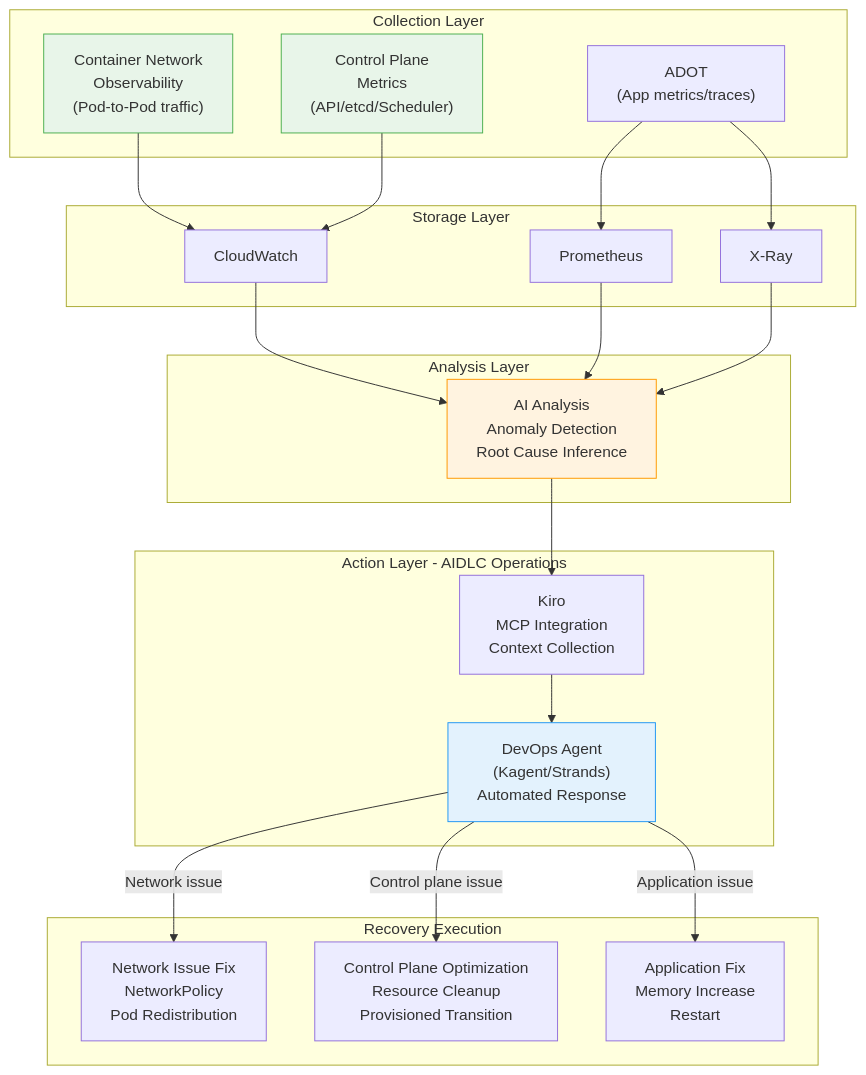
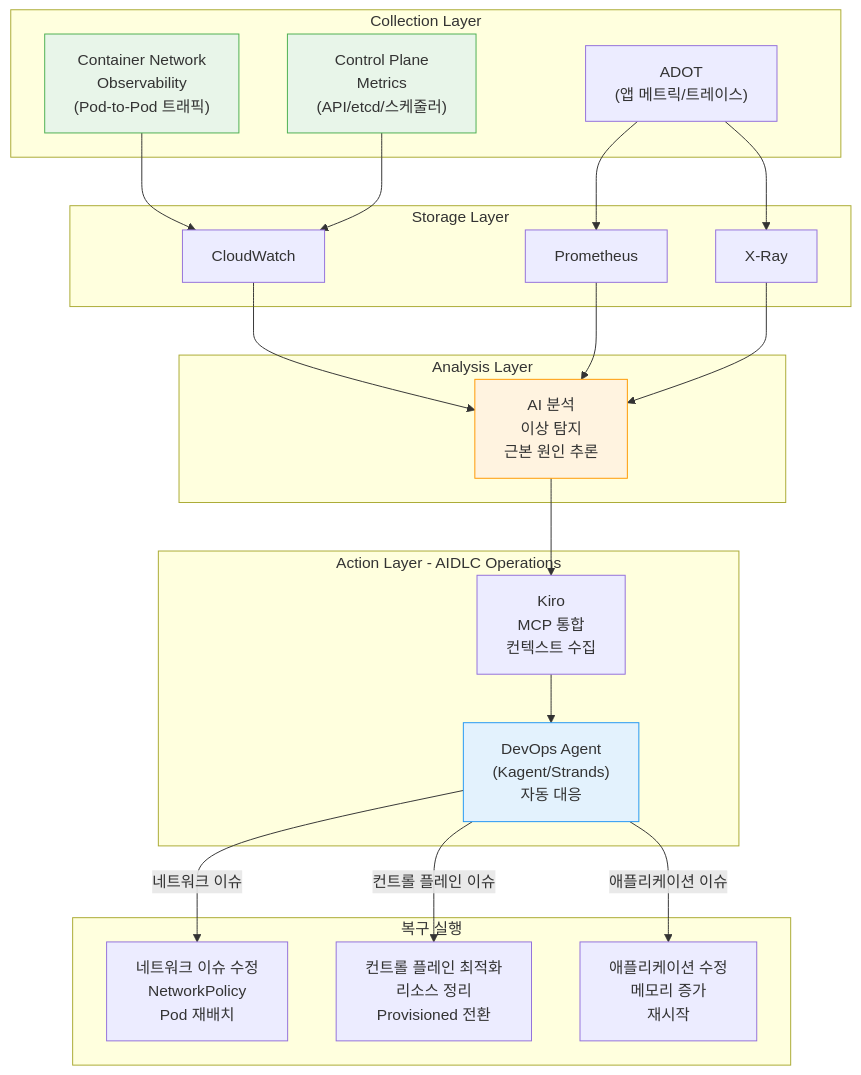
Before and after one commit to devfloor9/engineering-playbook: the sixth of 8 diagrams in i18n/en/docusaurus-plugin-content-docs/current/aidlc/aidlc-framework.md, drawn with Mermaid. The commit also changed other lines of this file and 95 other files, not shown here.

````diff
--- a/i18n/en/docusaurus-plugin-content-docs/current/aidlc/aidlc-framework.md
+++ b/i18n/en/docusaurus-plugin-content-docs/current/aidlc/aidlc-framework.md
@@ -1362,50 +1355,50 @@
 ```mermaid
 graph TB
-    subgraph Collection["Collection Layer"]
-        CNO["Container Network<br/>Observability<br/>(Pod-to-Pod traffic)"]
-        CPM["Control Plane<br/>Metrics<br/>(API/etcd/Scheduler)"]
-        ADOT["ADOT<br/>(App metrics/traces)"]
-    end
+ subgraph Collection["Collection Layer"]
+ CNO["Container Network<br/>Observability<br/>(Pod-to-Pod 트래픽)"]
+ CPM["Control Plane<br/>Metrics<br/>(API/etcd/스케줄러)"]
+ ADOT["ADOT<br/>(앱 메트릭/트레이스)"]
+ end
 
-    subgraph Storage["Storage Layer"]
-        CW["CloudWatch"]
-        AMP["Prometheus"]
-        XRAY["X-Ray"]
-    end
+ subgraph Storage["Storage Layer"]
+ CW["CloudWatch"]
+ AMP["Prometheus"]
+ XRAY["X-Ray"]
+ end
 
-    subgraph Analysis["Analysis Layer"]
-        AI_ANALYZE["AI Analysis<br/>Anomaly Detection<br/>Root Cause Inference"]
-    end
+ subgraph Analysis["Analysis Layer"]
+ AI_ANALYZE["AI 분석<br/>이상 탐지<br/>근본 원인 추론"]
+ end
 
-    subgraph Action["Action Layer - AIDLC Operations"]
-        KIRO["Kiro<br/>MCP Integration<br/>Context Collection"]
-        AGENT["DevOps Agent<br/>(Kagent/Strands)<br/>Automated Response"]
-    end
+ subgraph Action["Action Layer - AIDLC Operations"]
+ KIRO["Kiro<br/>MCP 통합<br/>컨텍스트 수집"]
+ AGENT["DevOps Agent<br/>(Kagent/Strands)<br/>자동 대응"]
+ end
 
-    subgraph Remediation["Recovery Execution"]
-        NET_FIX["Network Issue Fix<br/>NetworkPolicy<br/>Pod Redistribution"]
-        CP_FIX["Control Plane Optimization<br/>Resource Cleanup<br/>Provisioned Transition"]
-        APP_FIX["Application Fix<br/>Memory Increase<br/>Restart"]
-    end
+ subgraph Remediation["복구 실행"]
+ NET_FIX["네트워크 이슈 수정<br/>NetworkPolicy<br/>Pod 재배치"]
+ CP_FIX["컨트롤 플레인 최적화<br/>리소스 정리<br/>Provisioned 전환"]
+ APP_FIX["애플리케이션 수정<br/>메모리 증가<br/>재시작"]
+ end
 
-    CNO --> CW
-    CPM --> CW
-    ADOT --> AMP
-    ADOT --> XRAY
+ CNO --> CW
+ CPM --> CW
+ ADOT --> AMP
+ ADOT --> XRAY
 
-    CW --> AI_ANALYZE
-    AMP --> AI_ANALYZE
-    XRAY --> AI_ANALYZE
+ CW --> AI_ANALYZE
+ AMP --> AI_ANALYZE
+ XRAY --> AI_ANALYZE
 
-    AI_ANALYZE --> KIRO
-    KIRO --> AGENT
+ AI_ANALYZE --> KIRO
+ KIRO --> AGENT
 
-    AGENT -->|Network issue| NET_FIX
-    AGENT -->|Control plane issue| CP_FIX
-    AGENT -->|Application issue| APP_FIX
+ AGENT -->|네트워크 이슈| NET_FIX
+ AGENT -->|컨트롤 플레인 이슈| CP_FIX
+ AGENT -->|애플리케이션 이슈| APP_FIX
 
-    style CNO fill:#e8f5e9,stroke:#4caf50
-    style CPM fill:#e8f5e9,stroke:#4caf50
-    style AI_ANALYZE fill:#fff3e0,stroke:#ff9800
-    style AGENT fill:#e3f2fd,stroke:#2196f3
+ style CNO fill:#e8f5e9,stroke:#4caf50
+ style CPM fill:#e8f5e9,stroke:#4caf50
+ style AI_ANALYZE fill:#fff3e0,stroke:#ff9800
+ style AGENT fill:#e3f2fd,stroke:#2196f3
 ```
````
